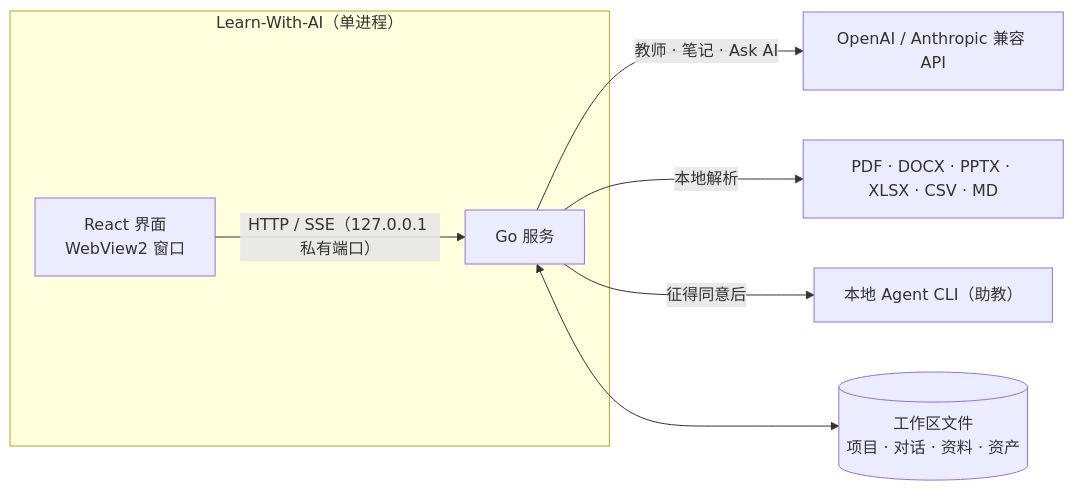
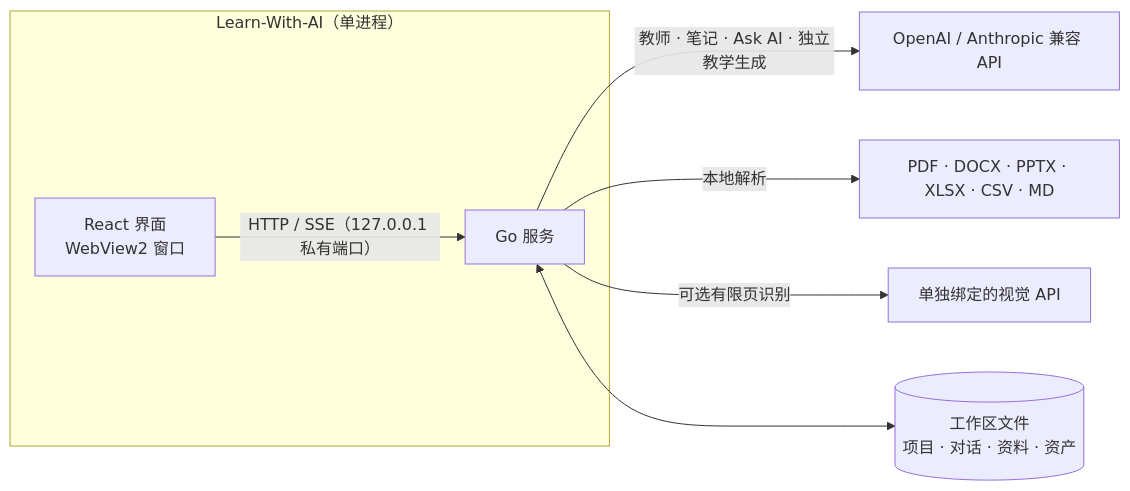
One commit to porridgeowefish/LLL_life_long_learn changed the diagram in README.md. Above: the diagram before and after it, drawn with Mermaid. The commit also changed other lines of this file and 108 other files, not shown here.

````diff
--- a/README.md
+++ b/README.md
@@ -115,10 +116,10 @@
 ```mermaid
 flowchart LR
   subgraph App["Learn-With-AI（单进程）"]
     UI["React 界面<br/>WebView2 窗口"] -- "HTTP / SSE（127.0.0.1 私有端口）" --> Go["Go 服务"]
   end
-  Go -- "教师 · 笔记 · Ask AI" --> LLM["OpenAI / Anthropic 兼容 API"]
+  Go -- "教师 · 笔记 · Ask AI · 独立教学生成" --> LLM["OpenAI / Anthropic 兼容 API"]
   Go -- "本地解析" --> Parser["PDF · DOCX · PPTX · XLSX · CSV · MD"]
-  Go -- "征得同意后" --> CLI["本地 Agent CLI（助教）"]
+  Go -- "可选有限页识别" --> Vision["单独绑定的视觉 API"]
   Go <--> FS[("工作区文件<br/>项目 · 对话 · 资料 · 资产")]
 ```
````
